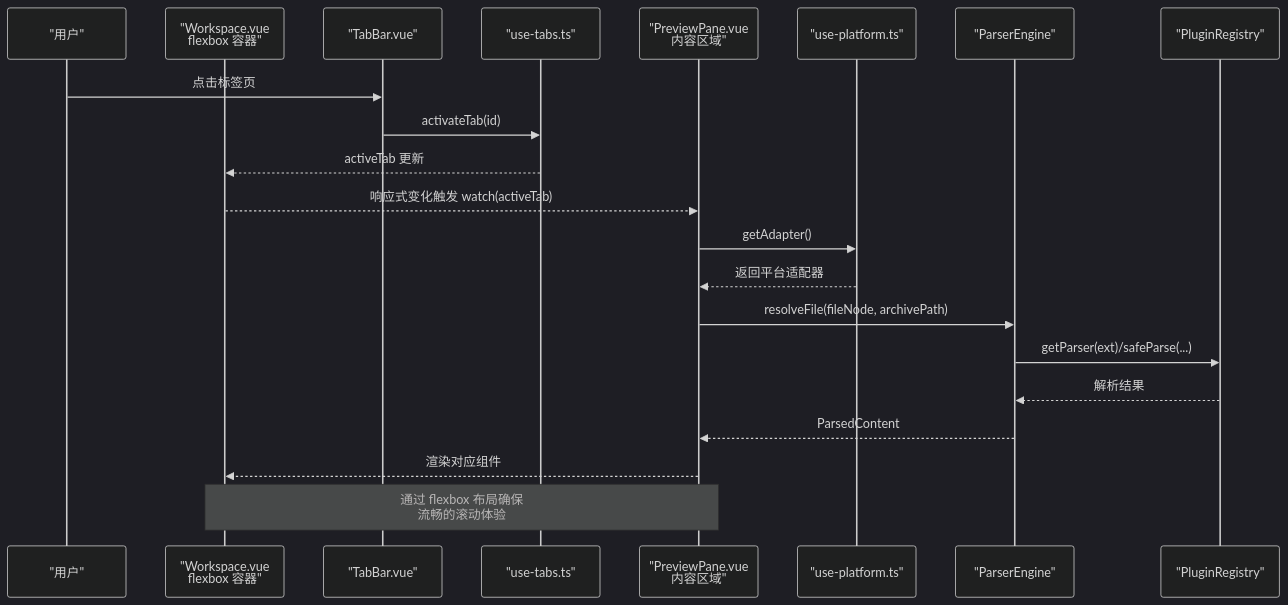
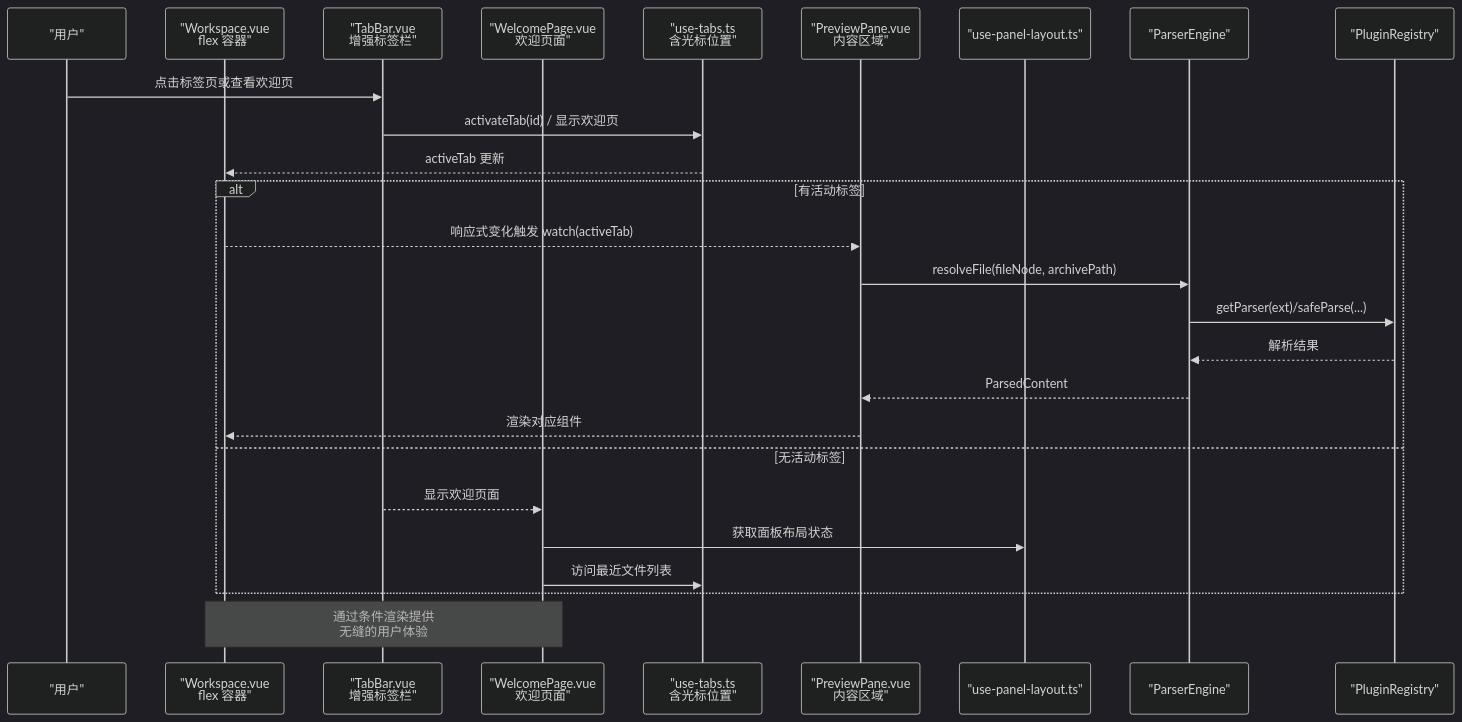
The second of 4 diagrams in .qoder/repowiki/zh/content/架构设计/组件层次结构/工作区组件/主工作区组件.md (taoweidong/Hello-Tauri), drawn with Mermaid (dark theme) before and after one commit. The commit also changed other lines of this file and 119 other files, not shown here.

````diff
--- a/.qoder/repowiki/zh/content/架构设计/组件层次结构/工作区组件/主工作区组件.md
+++ b/.qoder/repowiki/zh/content/架构设计/组件层次结构/工作区组件/主工作区组件.md
@@ -113,23 +119,28 @@
 ```mermaid
 sequenceDiagram
 participant User as "用户"
-participant WS as "Workspace.vue<br/>flexbox 容器"
-participant TB as "TabBar.vue"
-participant UT as "use-tabs.ts"
+participant WS as "Workspace.vue<br/>flex 容器"
+participant TB as "TabBar.vue<br/>增强标签栏"
+participant WP as "WelcomePage.vue<br/>欢迎页面"
+participant UT as "use-tabs.ts<br/>含光标位置"
 participant PP as "PreviewPane.vue<br/>内容区域"
-participant UPL as "use-platform.ts"
+participant UPL as "use-panel-layout.ts"
 participant PE as "ParserEngine"
 participant REG as "PluginRegistry"
-User->>TB : 点击标签页
-TB->>UT : activateTab(id)
+User->>TB : 点击标签页或查看欢迎页
+TB->>UT : activateTab(id) / 显示欢迎页
 UT-->>WS : activeTab 更新
+alt 有活动标签
 WS-->>PP : 响应式变化触发 watch(activeTab)
-PP->>UPL : getAdapter()
-UPL-->>PP : 返回平台适配器
 PP->>PE : resolveFile(fileNode, archivePath)
 PE->>REG : getParser(ext)/safeParse(...)
 REG-->>PE : 解析结果
 PE-->>PP : ParsedContent
 PP-->>WS : 渲染对应组件
-Note over WS,PP : 通过 flexbox 布局确保<br/>流畅的滚动体验
+else 无活动标签
+TB-->>WP : 显示欢迎页面
+WP->>UPL : 获取面板布局状态
+WP->>UT : 访问最近文件列表
+end
+Note over WS,WP : 通过条件渲染提供<br/>无缝的用户体验
 ```
````
